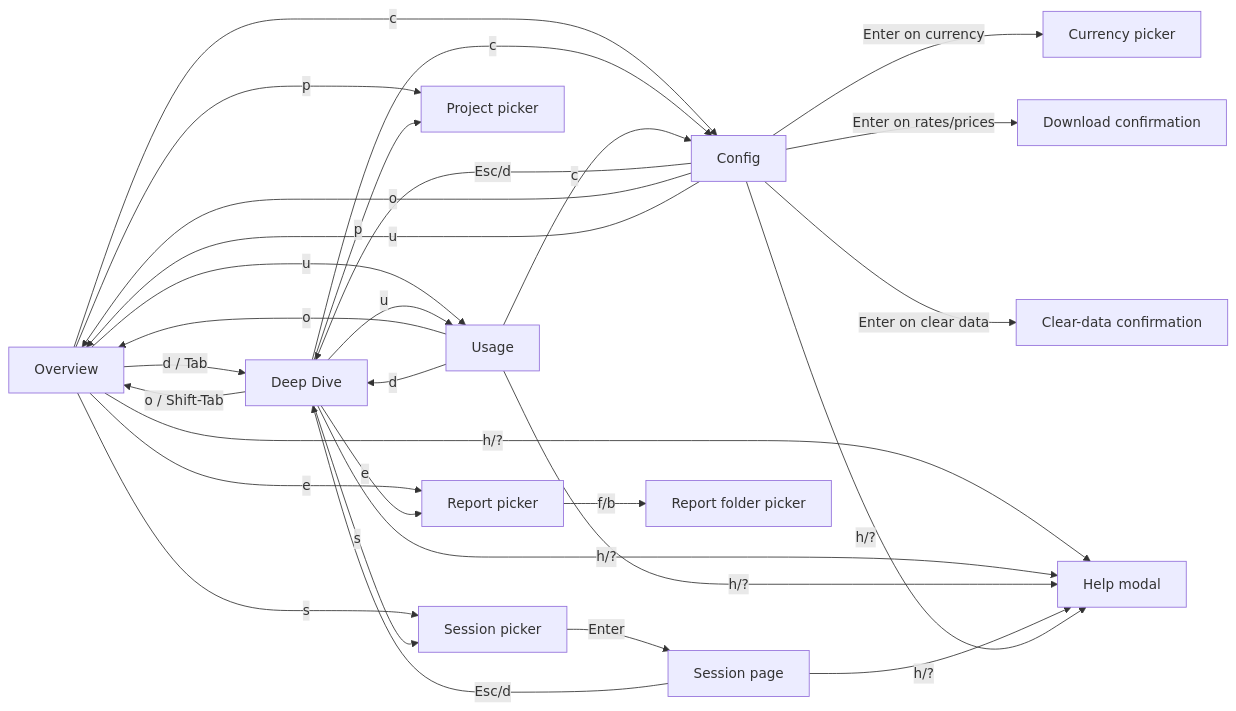
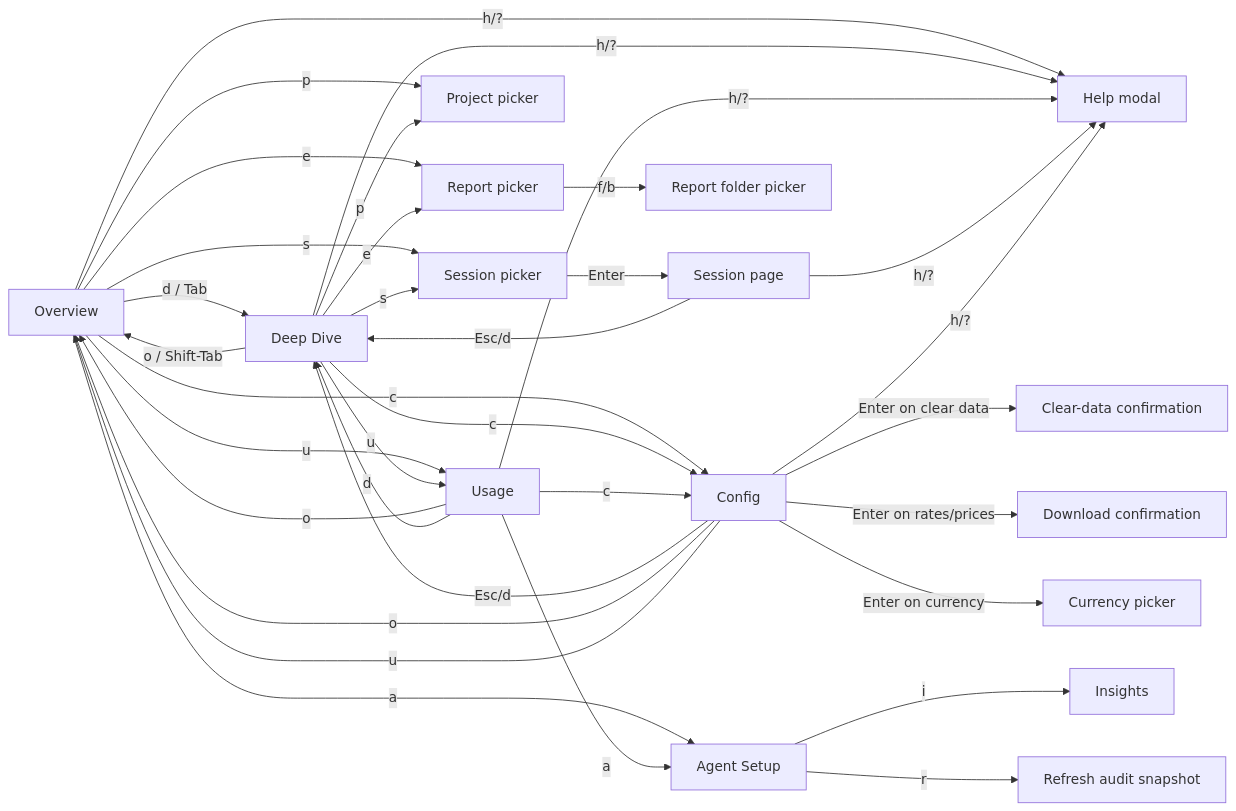
Before and after one commit to russmckendrick/tokenuse: the third of 4 diagrams in docs/development/architecture.md, drawn with Mermaid. The commit also changed other lines of this file and 23 other files, not shown here.

First line of the commit message:
✨ feat(audit): add agent setup audit page and cached snapshot

````diff
--- a/docs/development/architecture.md
+++ b/docs/development/architecture.md
@@ -95,32 +95,36 @@
 ```mermaid
 flowchart LR
     O[Overview] -- d / Tab --> DD[Deep Dive]
     O -- u --> U[Usage]
+    O -- a --> A[Agent Setup]
     O -- c --> Cfg[Config]
     O -- s --> SP[Session picker]
     SP -- Enter --> Sess[Session page]
     DD -- o / Shift-Tab --> O
     DD -- u --> U
     DD -- s --> SP
     DD -- c --> Cfg
     U -- o --> O
     U -- d --> DD
+    U -- a --> A
     U -- c --> Cfg
+    A -- r --> ARefresh[Refresh audit snapshot]
+    A -- i --> I[Insights]
     Cfg -- Esc/d --> DD
     Cfg -- o --> O
     Cfg -- u --> O
     Sess -- Esc/d --> DD
     O -- p --> Pick[Project picker]
     DD -- p --> Pick
     O -- e --> Exp[Report picker]
     DD -- e --> Exp
     Exp -- f/b --> FPick[Report folder picker]
     Cfg -- Enter on currency --> Curr[Currency picker]
     Cfg -- Enter on rates/prices --> DL[Download confirmation]
     Cfg -- Enter on clear data --> Clear[Clear-data confirmation]
     O -- h/? --> Help[Help modal]
     DD -- h/? --> Help
     U -- h/? --> Help
     Sess -- h/? --> Help
     Cfg -- h/? --> Help
 ```
````
